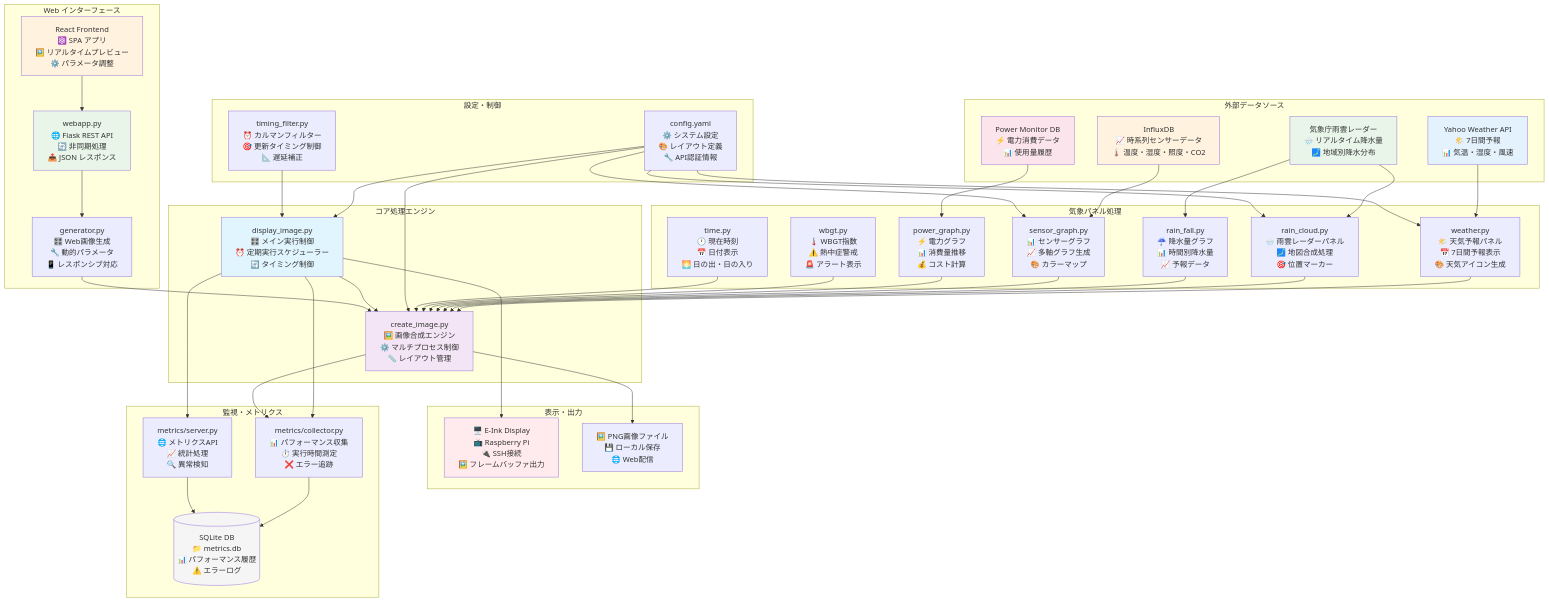
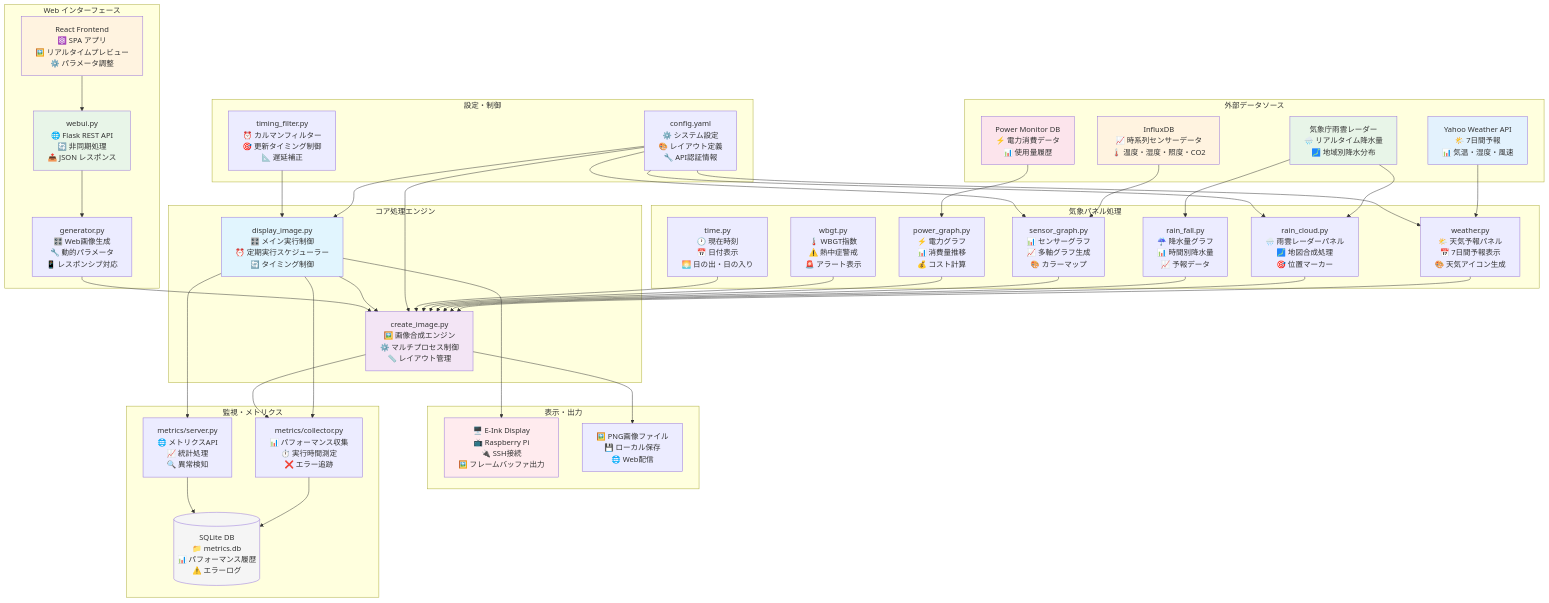
Before and after one commit to kimata/eink-weather-panel: the first of 3 diagrams in README.md, drawn with Mermaid. The commit also changed other lines of this file and 5 other files, not shown here.

```diff
--- a/README.md
+++ b/README.md
@@ -346,7 +346,7 @@
     end
 
     subgraph "Web インターフェース"
-        WEBAPP[webapp.py<br/>🌐 Flask REST API<br/>🔄 非同期処理<br/>📤 JSON レスポンス]
+        WEBAPP[webui.py<br/>🌐 Flask REST API<br/>🔄 非同期処理<br/>📤 JSON レスポンス]
         REACT[React Frontend<br/>⚛️ SPA アプリ<br/>🖼️ リアルタイムプレビュー<br/>⚙️ パラメータ調整]
         GENERATOR[generator.py<br/>🎛️ Web画像生成<br/>🔧 動的パラメータ<br/>📱 レスポンシブ対応]
     end
```
